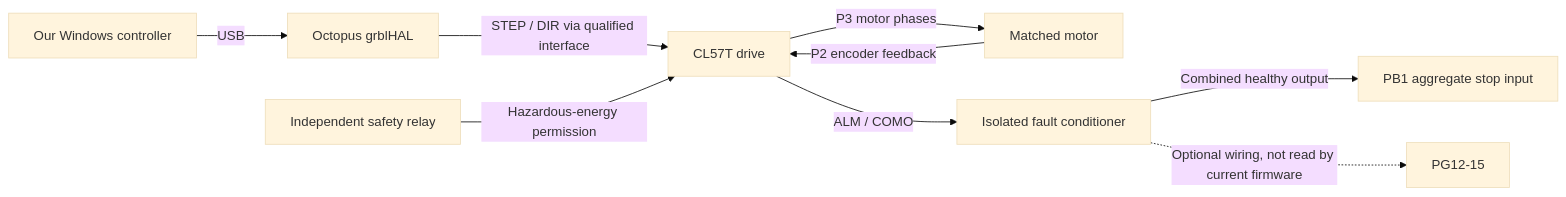
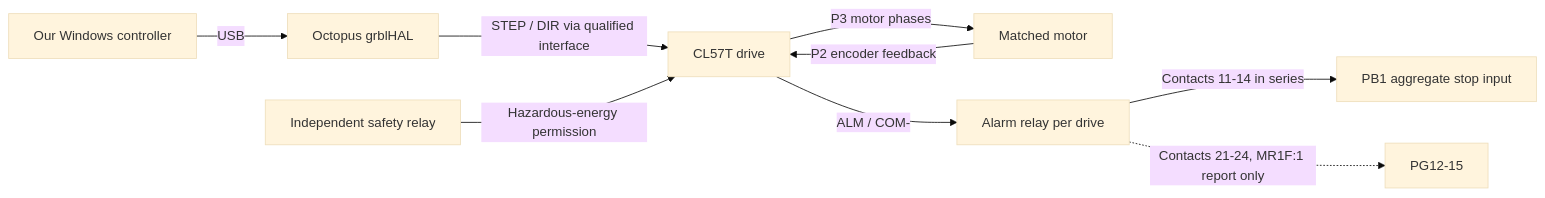
One commit to DeadlySIn777/FluidNC-OCTOPUS-PRO-GRBLHAL changed the diagram in docs/wiring/MR1-wiring-readiness.md. Above: the diagram before and after it, drawn with Mermaid (base theme). The commit also changed other lines of this file and 29 other files, not shown here.

````diff
--- a/docs/wiring/MR1-wiring-readiness.md
+++ b/docs/wiring/MR1-wiring-readiness.md
@@ -13,11 +13,11 @@
 ```mermaid
 flowchart LR
   PC[Our Windows controller] -->|USB| MCU[Octopus grblHAL]
   MCU -->|STEP / DIR via qualified interface| D[CL57T drive]
   D -->|P3 motor phases| M[Matched motor]
   M -->|P2 encoder feedback| D
-  D -->|ALM / COMO| C[Isolated fault conditioner]
-  C -->|Combined healthy output| PB1[PB1 aggregate stop input]
-  C -.->|Optional wiring, not read by current firmware| PG[PG12-15]
+  D -->|ALM / COM-| K[Alarm relay per drive]
+  K -->|Contacts 11-14 in series| PB1[PB1 aggregate stop input]
+  K -.->|Contacts 21-24, MR1F:1 report only| PG[PG12-15]
   SR[Independent safety relay] -->|Hazardous-energy permission| D
 ```
````
